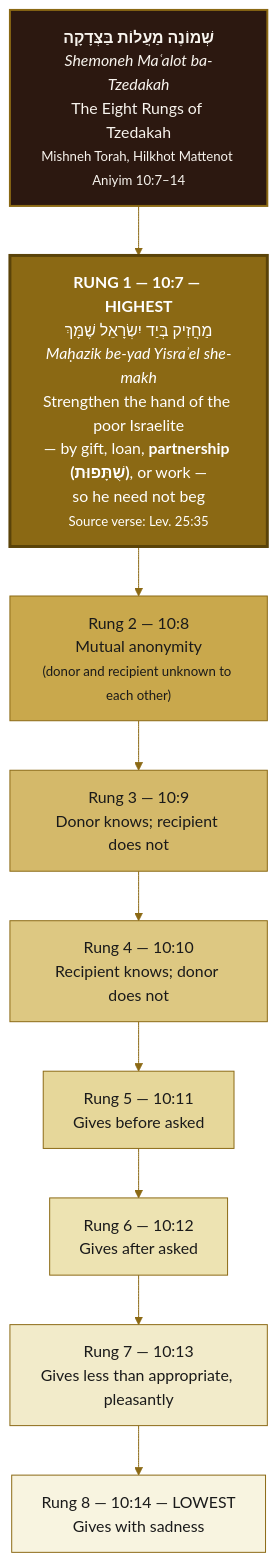
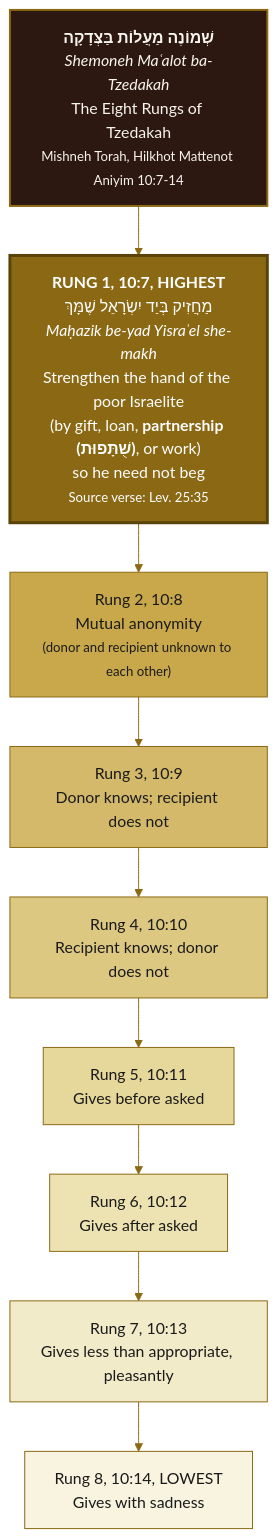
Before and after one commit to Oranburg/LEP: the first of 2 diagrams in _proposals/jewish-lineage-proposal.md, drawn with Mermaid. The commit also changed other lines of this file and 8 other files, not shown here.

````diff
--- a/_proposals/jewish-lineage-proposal.md
+++ b/_proposals/jewish-lineage-proposal.md
@@ -72,40 +72,40 @@
 ```mermaid
 %%{init: {'theme': 'neutral', 'themeVariables': {'primaryColor': '#f8f4ee', 'primaryBorderColor': '#8B6914', 'primaryTextColor': '#1a1a1a', 'lineColor': '#8B6914', 'secondaryColor': '#e8f0e8', 'tertiaryColor': '#f0e8f0'}}}%%
 graph TD
-    TITLE["<b>שְׁמוֹנֶה מַעֲלוֹת בַּצְּדָקָה</b><br/><i>Shemoneh Maʿalot ba-Tzedakah</i><br/>The Eight Rungs of Tzedakah<br/><small>Mishneh Torah, Hilkhot Mattenot Aniyim 10:7–14</small>"]
+    TITLE["<b>שְׁמוֹנֶה מַעֲלוֹת בַּצְּדָקָה</b><br/><i>Shemoneh Maʿalot ba-Tzedakah</i><br/>The Eight Rungs of Tzedakah<br/><small>Mishneh Torah, Hilkhot Mattenot Aniyim 10:7-14</small>"]
 
-    R1["<b>RUNG 1 — 10:7 — HIGHEST</b><br/>מַחֲזִיק בְּיַד יִשְׂרָאֵל שֶׁמָּךְ<br/><i>Maḥazik be-yad Yisraʾel she-makh</i><br/>Strengthen the hand of the poor Israelite<br/>— by gift, loan, <b>partnership (שֻׁתָּפוּת)</b>, or work —<br/>so he need not beg<br/><small>Source verse: Lev. 25:35</small>"]
+    R1["<b>RUNG 1, 10:7, HIGHEST</b><br/>מַחֲזִיק בְּיַד יִשְׂרָאֵל שֶׁמָּךְ<br/><i>Maḥazik be-yad Yisraʾel she-makh</i><br/>Strengthen the hand of the poor Israelite<br/>(by gift, loan, <b>partnership (שֻׁתָּפוּת)</b>, or work)<br/>so he need not beg<br/><small>Source verse: Lev. 25:35</small>"]
 
-    R2["Rung 2 — 10:8<br/>Mutual anonymity<br/><small>(donor and recipient unknown to each other)</small>"]
+    R2["Rung 2, 10:8<br/>Mutual anonymity<br/><small>(donor and recipient unknown to each other)</small>"]
 
-    R3["Rung 3 — 10:9<br/>Donor knows; recipient does not"]
+    R3["Rung 3, 10:9<br/>Donor knows; recipient does not"]
 
-    R4["Rung 4 — 10:10<br/>Recipient knows; donor does not"]
+    R4["Rung 4, 10:10<br/>Recipient knows; donor does not"]
 
-    R5["Rung 5 — 10:11<br/>Gives before asked"]
+    R5["Rung 5, 10:11<br/>Gives before asked"]
 
-    R6["Rung 6 — 10:12<br/>Gives after asked"]
+    R6["Rung 6, 10:12<br/>Gives after asked"]
 
-    R7["Rung 7 — 10:13<br/>Gives less than appropriate, pleasantly"]
+    R7["Rung 7, 10:13<br/>Gives less than appropriate, pleasantly"]
 
-    R8["Rung 8 — 10:14 — LOWEST<br/>Gives with sadness"]
+    R8["Rung 8, 10:14, LOWEST<br/>Gives with sadness"]
 
     TITLE --> R1
     R1 --> R2
     R2 --> R3
     R3 --> R4
     R4 --> R5
     R5 --> R6
     R6 --> R7
     R7 --> R8
 
     style TITLE fill:#2c1810,color:#f8f4ee,stroke:#8B6914,stroke-width:2px
     style R1 fill:#8B6914,color:#ffffff,stroke:#5a4309,stroke-width:3px
     style R2 fill:#c9a84c,color:#1a1a1a,stroke:#8B6914,stroke-width:1px
     style R3 fill:#d4b96a,color:#1a1a1a,stroke:#8B6914,stroke-width:1px
     style R4 fill:#ddc882,color:#1a1a1a,stroke:#8B6914,stroke-width:1px
     style R5 fill:#e6d79a,color:#1a1a1a,stroke:#8B6914,stroke-width:1px
     style R6 fill:#ede3b2,color:#1a1a1a,stroke:#8B6914,stroke-width:1px
     style R7 fill:#f2ebca,color:#1a1a1a,stroke:#8B6914,stroke-width:1px
     style R8 fill:#f8f4e0,color:#1a1a1a,stroke:#8B6914,stroke-width:1px
 ```
````
